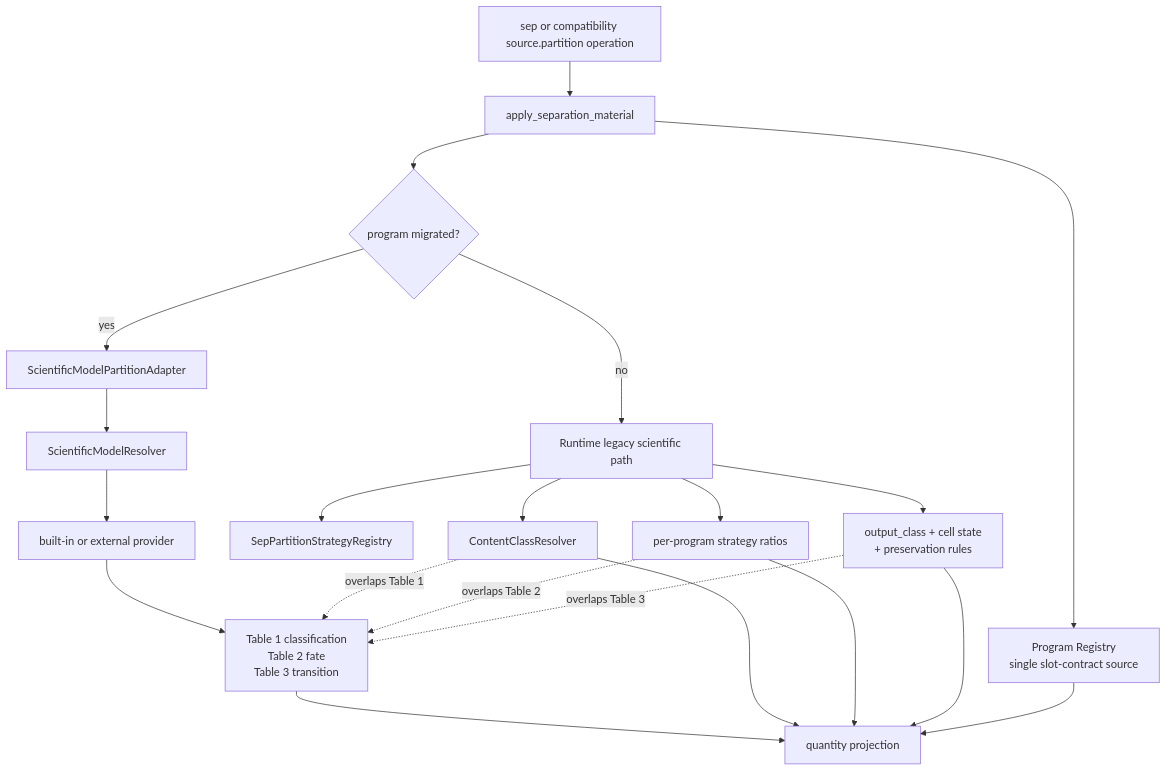
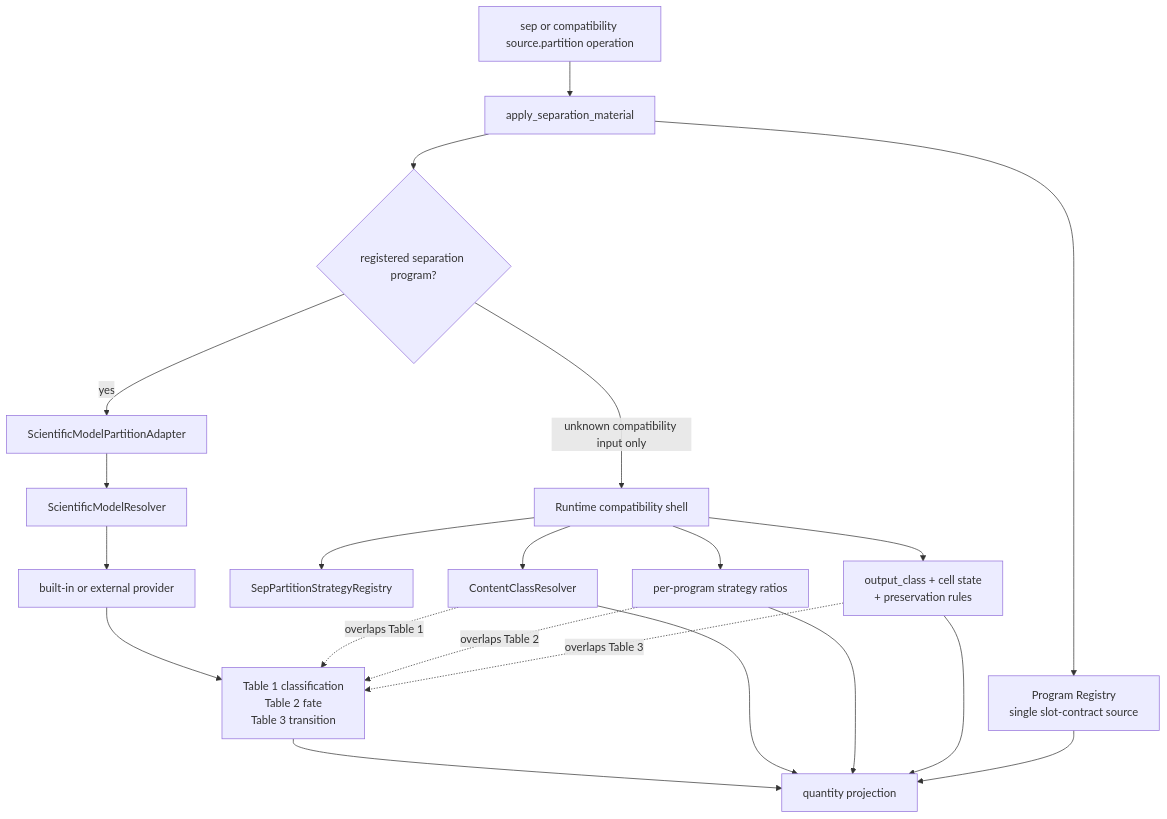
The sixth of 8 diagrams in docs/architecture/scientific_model_module_diagrams.md (culsma/culsma), drawn with Mermaid before and after one commit. The commit also changed other lines of this file and 16 other files, not shown here.

Commit message:
feat(material): complete scientific separation migration

````diff
--- a/docs/architecture/scientific_model_module_diagrams.md
+++ b/docs/architecture/scientific_model_module_diagrams.md
@@ -443,27 +444,27 @@
 ```mermaid
 flowchart TB
     Step["sep or compatibility source.partition operation"] --> Separation["apply_separation_material"]
     Separation --> ProgramRegistry["Program Registry<br/>single slot-contract source"]
-    Separation --> Gate{"program migrated?"}
+    Separation --> Gate{"registered separation program?"}
 
     Gate -->|yes| Adapter["ScientificModelPartitionAdapter"]
     Adapter --> Resolver["ScientificModelResolver"]
     Resolver --> Provider["built-in or external provider"]
     Provider --> Tables["Table 1 classification<br/>Table 2 fate<br/>Table 3 transition"]
 
-    Gate -->|no| Legacy["Runtime legacy scientific path"]
+    Gate -->|unknown compatibility input only| Legacy["Runtime compatibility shell"]
     Legacy --> RuntimeStrategy["SepPartitionStrategyRegistry"]
     Legacy --> OldClass["ContentClassResolver"]
     Legacy --> OldFate["per-program strategy ratios"]
     Legacy --> OldState["output_class + cell state<br/>+ preservation rules"]
 
     Tables --> Projection["quantity projection"]
     OldClass --> Projection
     OldFate --> Projection
     OldState --> Projection
     ProgramRegistry --> Projection
 
     OldClass -. "overlaps Table 1" .-> Tables
     OldFate -. "overlaps Table 2" .-> Tables
     OldState -. "overlaps Table 3" .-> Tables
 ```
````
